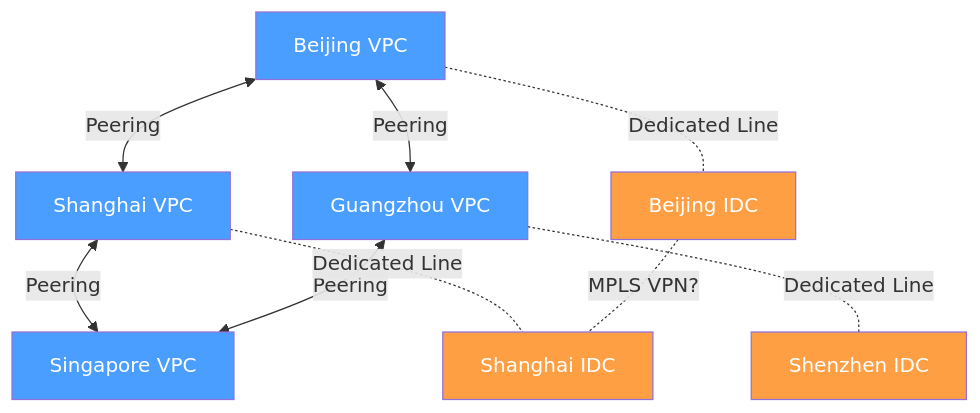
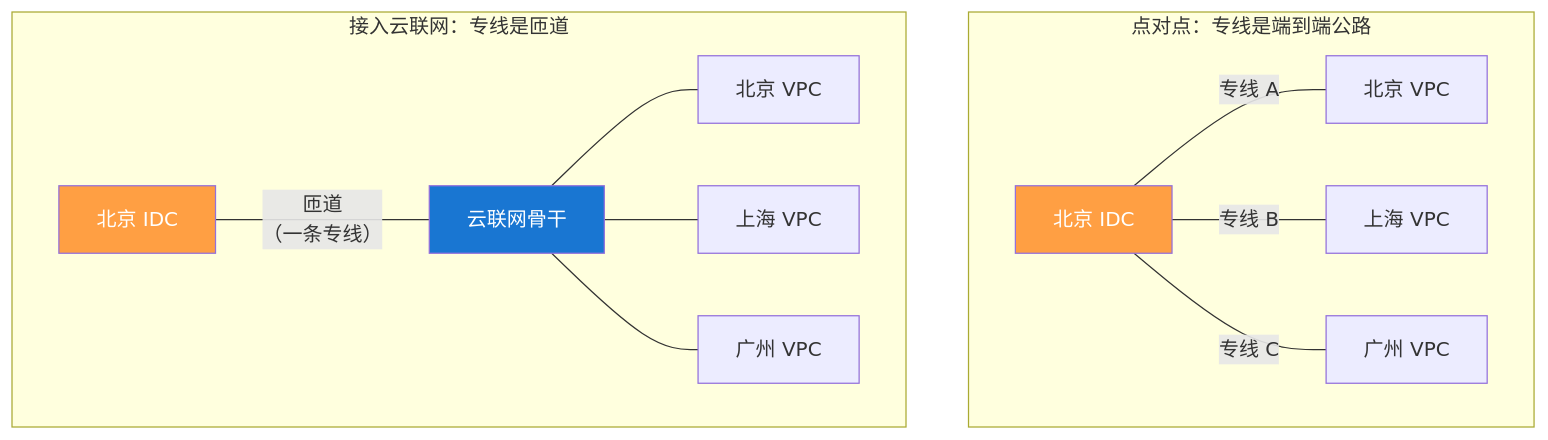
The first of 4 diagrams in docs/22.统一管理云和IDC的连接云联网的纵向扩展.md (caozhiyi/network-book), drawn with Mermaid before and after one commit. The commit also changed other lines of this file and 36 other files, not shown here.

````diff
--- a/docs/22.统一管理云和IDC的连接云联网的纵向扩展.md
+++ b/docs/22.统一管理云和IDC的连接云联网的纵向扩展.md
@@ -19,29 +41,19 @@
 ```mermaid
 graph TB
-    BJ_VPC["Beijing VPC"]
-    SH_VPC["Shanghai VPC"]
-    GZ_VPC["Guangzhou VPC"]
-    SG_VPC["Singapore VPC"]
-    BJ_IDC["Beijing IDC"]
-    SH_IDC["Shanghai IDC"]
-    SZ_IDC["Shenzhen IDC"]
+    subgraph before["点对点：专线是端到端公路"]
+        IDC1a["北京 IDC"] ---|"专线 A"| VPC1a["北京 VPC"]
+        IDC1a ---|"专线 B"| VPC2a["上海 VPC"]
+        IDC1a ---|"专线 C"| VPC3a["广州 VPC"]
+    end
 
-    BJ_VPC <-->|"Peering"| SH_VPC
-    BJ_VPC <-->|"Peering"| GZ_VPC
-    SH_VPC <-->|"Peering"| SG_VPC
-    GZ_VPC <-->|"Peering"| SG_VPC
+    subgraph after["接入云联网：专线是匝道"]
+        IDC1b["北京 IDC"] ---|"匝道<br/>（一条专线）"| CCN["云联网骨干"]
+        CCN --- VPC1b["北京 VPC"]
+        CCN --- VPC2b["上海 VPC"]
+        CCN --- VPC3b["广州 VPC"]
+    end
 
-    BJ_VPC -.-|"Dedicated Line"| BJ_IDC
-    SH_VPC -.-|"Dedicated Line"| SH_IDC
-    GZ_VPC -.-|"Dedicated Line"| SZ_IDC
-
-    BJ_IDC -.-|"MPLS VPN?"| SH_IDC
-
-    style BJ_VPC fill:#4a9eff,color:#fff
-    style SH_VPC fill:#4a9eff,color:#fff
-    style GZ_VPC fill:#4a9eff,color:#fff
-    style SG_VPC fill:#4a9eff,color:#fff
-    style BJ_IDC fill:#ff9f43,color:#fff
-    style SH_IDC fill:#ff9f43,color:#fff
-    style SZ_IDC fill:#ff9f43,color:#fff
+    style CCN fill:#1976d2,color:#fff
+    style IDC1a fill:#ff9f43,color:#fff
+    style IDC1b fill:#ff9f43,color:#fff
 ```
````
